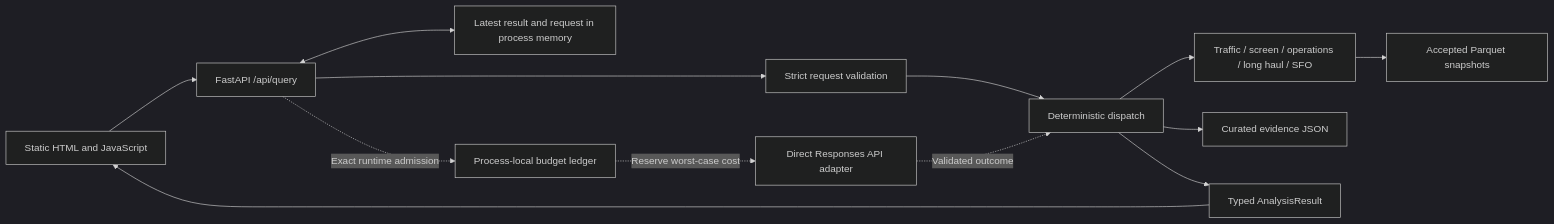
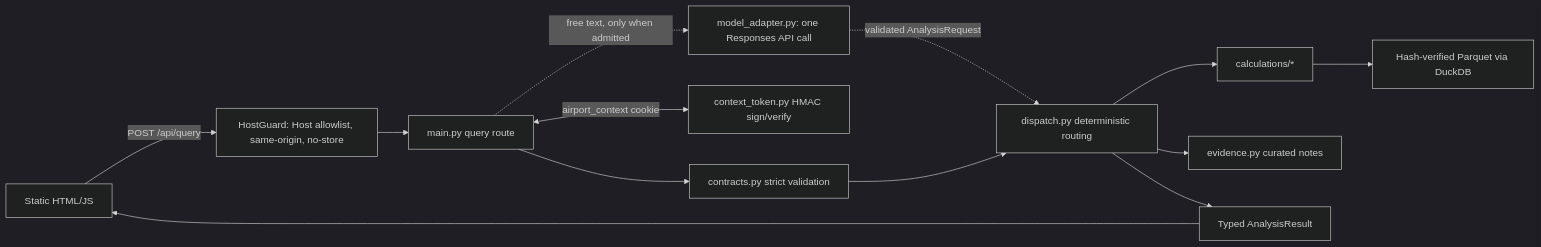
The diagram in backend/docs/ARCHITECTURE.md (Bar-Bettash/deloitte-home-assignment), drawn with Mermaid (dark theme) before and after one commit. The commit also changed other lines of this file and 6 other files, not shown here.

````diff
--- a/backend/docs/ARCHITECTURE.md
+++ b/backend/docs/ARCHITECTURE.md
@@ -68,15 +22,15 @@
 ```mermaid
 flowchart LR
-    UI[Static HTML and JavaScript] --> API[FastAPI /api/query]
-    API --> Contract[Strict request validation]
-    Contract --> Dispatch[Deterministic dispatch]
-    Dispatch --> Calc[Traffic / screen / operations / long haul / SFO]
-    Calc --> Data[Accepted Parquet snapshots]
-    Dispatch --> Evidence[Curated evidence JSON]
-    API <--> Session[Latest result and request in process memory]
-    API -.->|Exact runtime admission| Budget[Process-local budget ledger]
-    Budget -.->|Reserve worst-case cost| Model[Direct Responses API adapter]
-    Model -.->|Validated outcome| Dispatch
+    UI[Static HTML/JS] -->|POST /api/query| Guard[HostGuard: Host allowlist, same-origin, no-store]
+    Guard --> API[main.py query route]
+    API --> Contract[contracts.py strict validation]
+    API <-->|airport_context cookie| Ctx[context_token.py HMAC sign/verify]
+    API -.->|free text, only when admitted| Model[model_adapter.py: one Responses API call]
+    Model -.->|validated AnalysisRequest| Dispatch
+    Contract --> Dispatch[dispatch.py deterministic routing]
+    Dispatch --> Calc[calculations/*]
+    Calc --> Data[Hash-verified Parquet via DuckDB]
+    Dispatch --> Evidence[evidence.py curated notes]
     Dispatch --> Result[Typed AnalysisResult]
     Result --> UI
 ```
````
